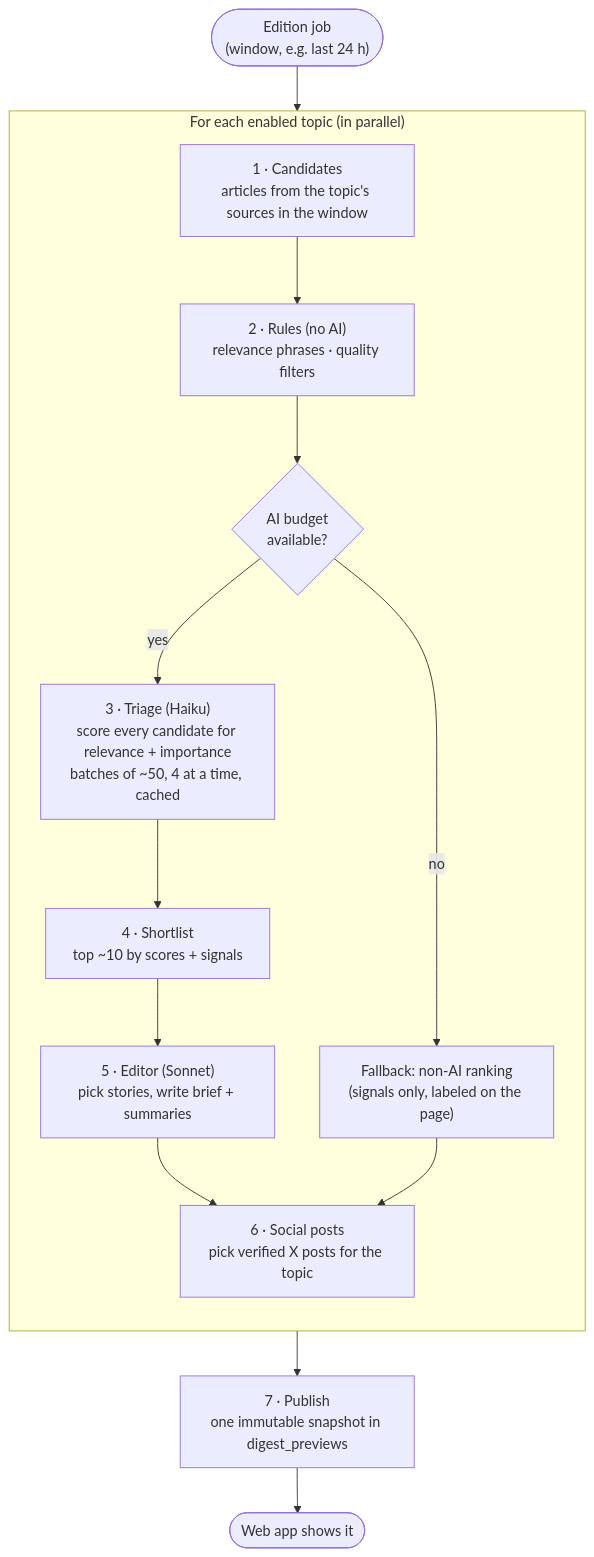
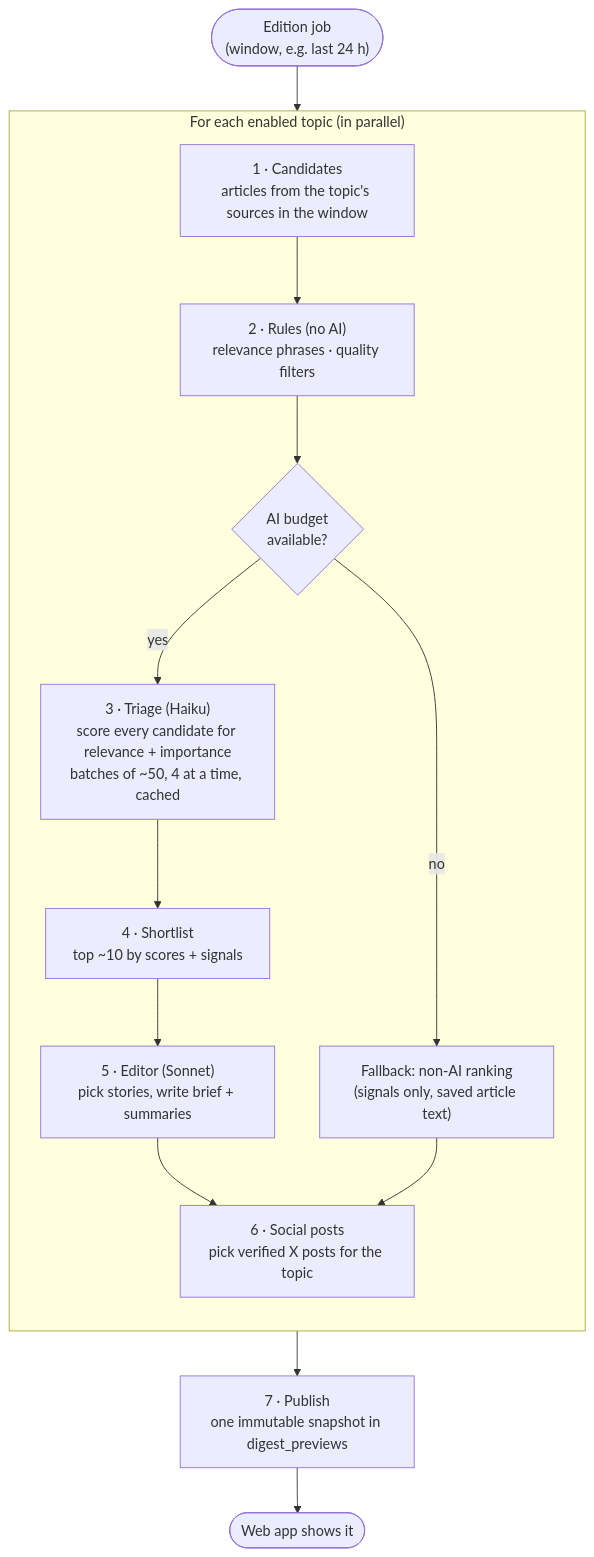
One commit to EmmadUsmani/news-digest changed the diagram in docs/handbook/01-app/04-edition-pipeline.md. Above: the diagram before and after it, drawn with Mermaid. The commit also changed other lines of this file and 9 other files, not shown here.

Commit message:
Restore saved story text when reader summaries are missing

````diff
--- a/docs/handbook/01-app/04-edition-pipeline.md
+++ b/docs/handbook/01-app/04-edition-pipeline.md
@@ -7,20 +7,20 @@
 ```mermaid
 flowchart TB
   start(["Edition job<br/>(window, e.g. last 24 h)"]) --> per
   subgraph per["For each enabled topic (in parallel)"]
     direction TB
     c["1 · Candidates<br/>articles from the topic's sources in the window"]
     r["2 · Rules (no AI)<br/>relevance phrases · quality filters"]
     t{"AI budget<br/>available?"}
     tri["3 · Triage (Haiku)<br/>score every candidate for relevance + importance<br/>batches of ~50, 4 at a time, cached"]
     sl["4 · Shortlist<br/>top ~10 by scores + signals"]
     ed["5 · Editor (Sonnet)<br/>pick stories, write brief + summaries"]
     so["6 · Social posts<br/>pick verified X posts for the topic"]
-    fb["Fallback: non-AI ranking<br/>(signals only, labeled on the page)"]
+    fb["Fallback: non-AI ranking<br/>(signals only, saved article text)"]
     c --> r --> t
     t -- yes --> tri --> sl --> ed --> so
     t -- no --> fb --> so
   end
   per --> pub["7 · Publish<br/>one immutable snapshot in digest_previews"]
   pub --> ui(["Web app shows it"])
 ```
````
